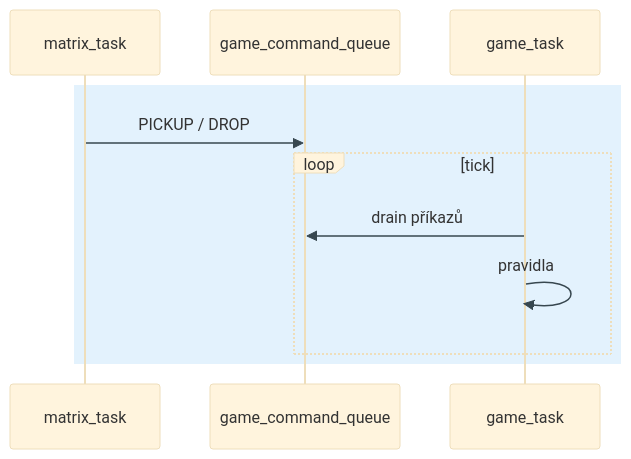
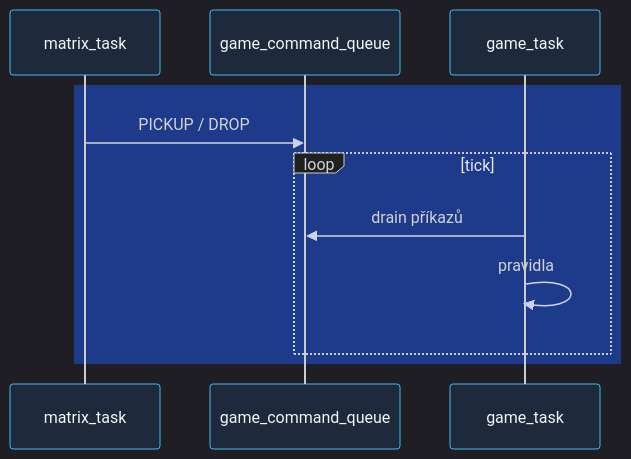
One commit to AlfredKrutina/chess_esp32_c6_devkit changed the fifth of 6 diagrams in docs/diagrams/README.md. Above: the diagram before and after it, drawn with Mermaid. The commit also changed other lines of this file and 97 other files, not shown here.

Commit message:
more diagrams

````diff
--- a/docs/diagrams/README.md
+++ b/docs/diagrams/README.md
@@ -164,14 +168,14 @@
 ```mermaid
-%%{init: {'theme':'base', 'themeVariables': {'signalColor':'#37474f'}}}%%
+%%{init: {'theme':'dark','themeVariables':{'actorBkg':'#1e293b','actorBorder':'#38bdf8','actorTextColor':'#f1f5f9','signalColor':'#cbd5e1','loopTextColor':'#e2e8f0'}}}%%
 sequenceDiagram
-  rect rgb(227, 242, 253)
+  rect rgb(30, 58, 138)
     participant MT as matrix_task
     participant GQ as game_command_queue
     participant GT as game_task
     MT->>GQ: PICKUP / DROP
     loop tick
       GT->>GQ: drain příkazů
       GT->>GT: pravidla
     end
   end
 ```
````
